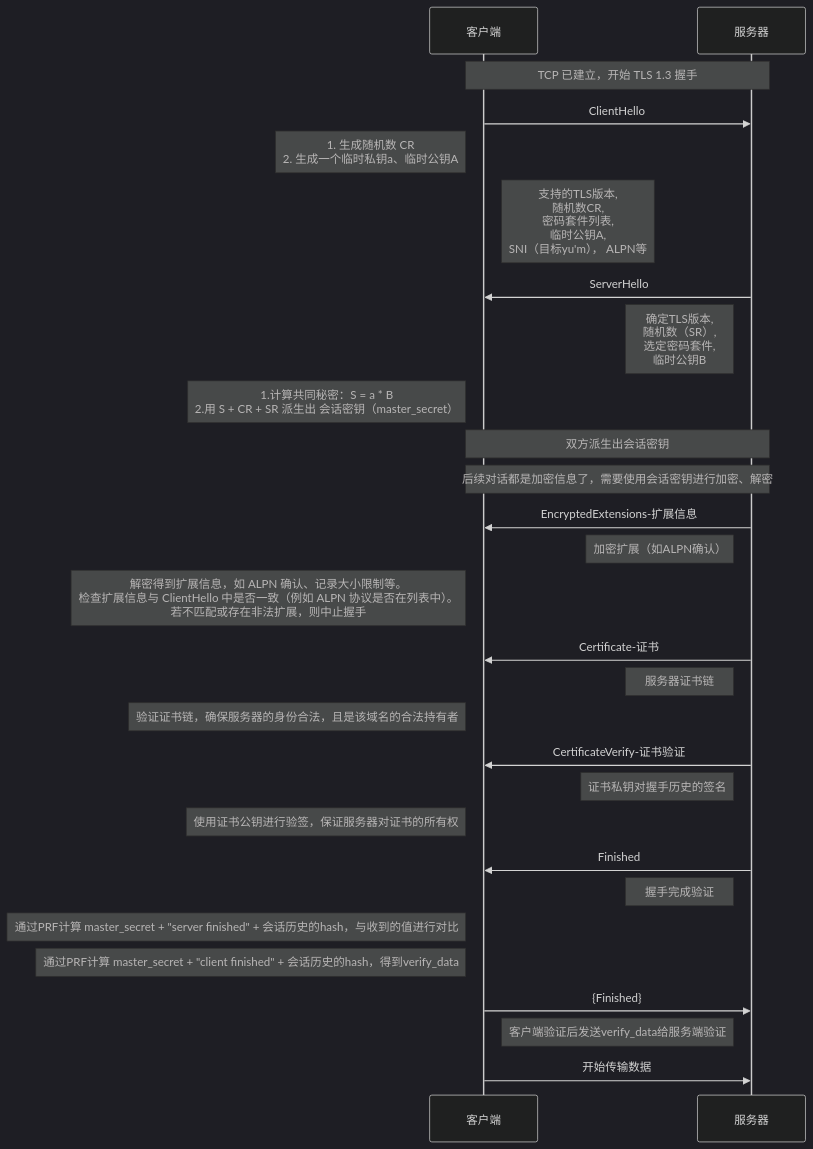
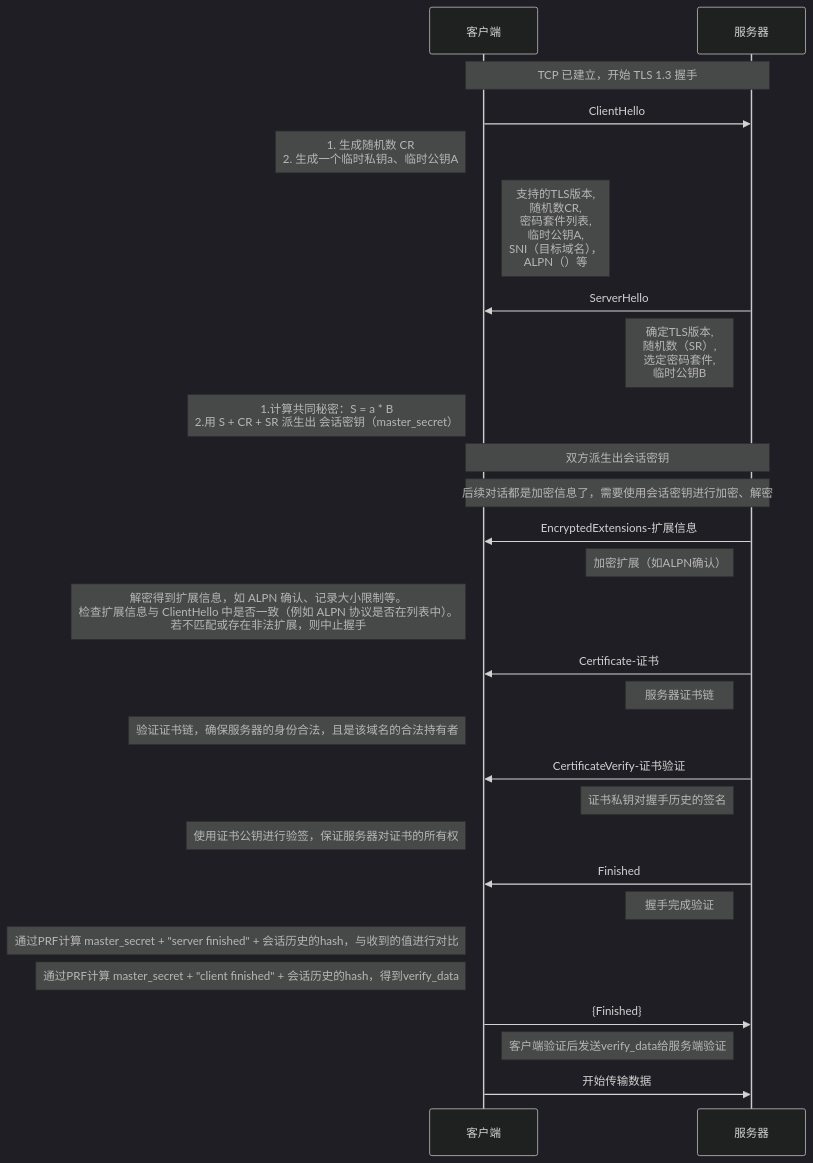
One commit to HY-10-8/iodraw-files changed the diagram in all/TLS-1.3-通用.md. Above: the diagram before and after it, drawn with Mermaid (dark theme).

Commit message:
2026-03-31 11:12:13 update

````diff
--- a/all/TLS-1.3-通用.md
+++ b/all/TLS-1.3-通用.md
@@ -1,40 +1,40 @@
 ```mermaid
 sequenceDiagram
     participant C as 客户端
     participant S as 服务器
 
     Note over C,S: TCP 已建立，开始 TLS 1.3 握手
 
     C->>S: ClientHello
     Note left of C: 1. 生成随机数 CR<br/> 2. 生成一个临时私钥a、临时公钥A
-    Note right of C: 支持的TLS版本,<br/> 随机数CR,<br/> 密码套件列表,<br/> 临时公钥A,<br/> SNI（目标yu'm）， ALPN等
+    Note right of C: 支持的TLS版本,<br/> 随机数CR,<br/> 密码套件列表,<br/> 临时公钥A,<br/> SNI（目标域名）， <br/>ALPN（）等
 
     S->>C: ServerHello
     Note left of S: 确定TLS版本, <br/>随机数（SR）,<br/> 选定密码套件, <br/>临时公钥B
     Note left of C: 1.计算共同秘密：S = a * B<br/> 2.用 S + CR + SR 派生出 会话密钥（master_secret）
 
     Note over C,S: 双方派生出会话密钥
     Note over C,S: 后续对话都是加密信息了，需要使用会话密钥进行加密、解密
 
     S->>C: EncryptedExtensions-扩展信息
     Note left of S: 加密扩展（如ALPN确认）
     Note left of C: 解密得到扩展信息，如 ALPN 确认、记录大小限制等。<br/>检查扩展信息与 ClientHello 中是否一致（例如 ALPN 协议是否在列表中）。<br/> 若不匹配或存在非法扩展，则中止握手
 
     S->>C: Certificate-证书
     Note left of S: 服务器证书链
     Note left of C: 验证证书链，确保服务器的身份合法，且是该域名的合法持有者
 
     S->>C: CertificateVerify-证书验证
     Note left of S: 证书私钥对握手历史的签名
     Note left of C: 使用证书公钥进行验签，保证服务器对证书的所有权
 
     S->>C: Finished
     Note left of S: 握手完成验证
     Note left of C: 通过PRF计算 master_secret + "server finished" + 会话历史的hash，与收到的值进行对比
     Note left of C: 通过PRF计算 master_secret + "client finished" + 会话历史的hash，得到verify_data
 
     C->>S: {Finished}
     Note right of C: 客户端验证后发送verify_data给服务端验证
 
     C->>S: 开始传输数据
 ```
````
